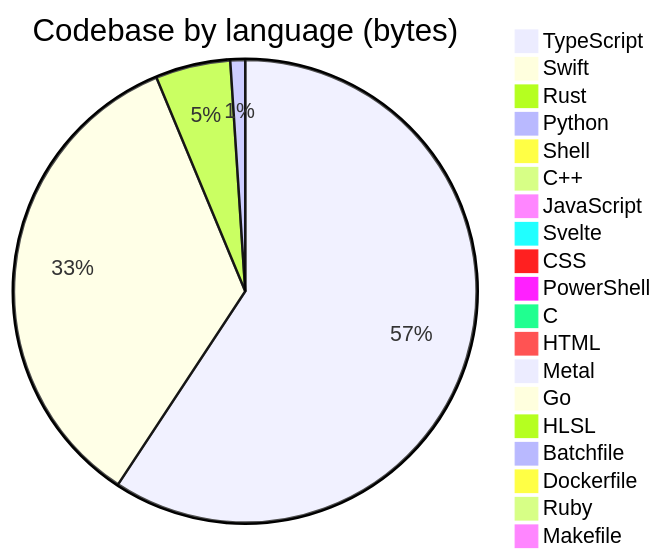
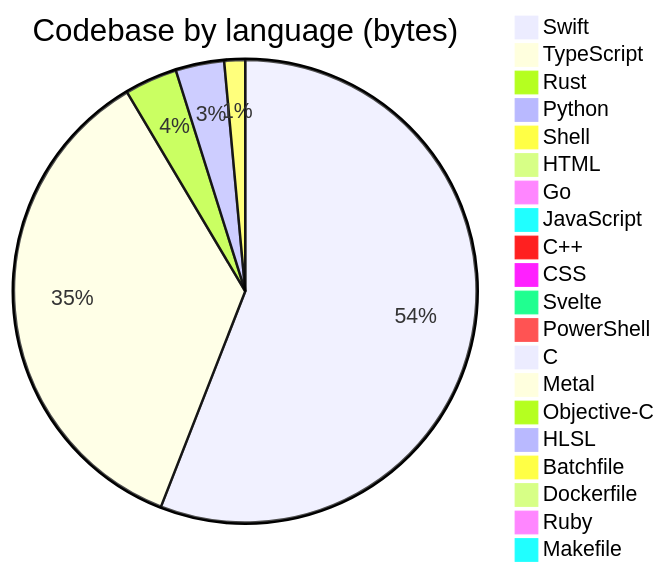
The diagram in profile/README.md (Open330/.github), drawn with Mermaid before and after one commit. The commit also changed other lines of this file, not shown here.

````diff
--- a/profile/README.md
+++ b/profile/README.md
@@ -130,22 +135,23 @@
 ```mermaid
 pie title Codebase by language (bytes)
-    "TypeScript" : 34523438
-    "Swift" : 20076214
-    "Rust" : 3047896
-    "Python" : 602762
-    "Shell" : 566222
+    "Swift" : 58651704
+    "TypeScript" : 37258706
+    "Rust" : 3863562
+    "Python" : 3553136
+    "Shell" : 1527801
+    "HTML" : 863200
+    "Go" : 572897
+    "JavaScript" : 485664
     "C++" : 388775
-    "JavaScript" : 369505
+    "CSS" : 237019
     "Svelte" : 143451
-    "CSS" : 143226
     "PowerShell" : 129999
-    "C" : 114143
-    "HTML" : 55101
+    "C" : 121359
     "Metal" : 33033
-    "Go" : 22811
+    "Objective-C" : 11658
     "HLSL" : 7527
     "Batchfile" : 5870
     "Dockerfile" : 4893
-    "Ruby" : 1554
+    "Ruby" : 3430
     "Makefile" : 1150
 ```
````
